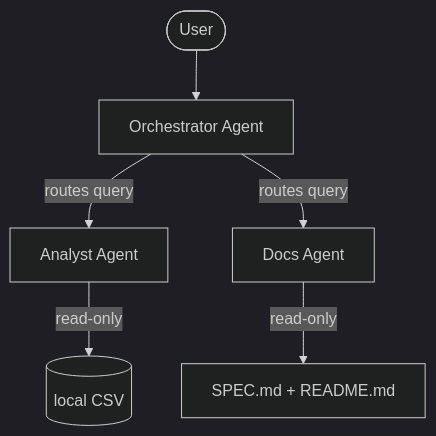
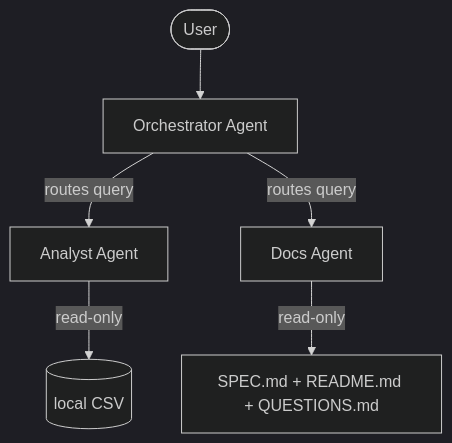
One commit to kenyonacton/dataset-docent changed the diagram in README.md. Above: the diagram before and after it, drawn with Mermaid (dark theme). The commit also changed other lines of this file and 20 other files, not shown here.

````diff
--- a/README.md
+++ b/README.md
@@ -9,8 +11,8 @@
 ```mermaid
 flowchart TD
     User([User]) --> Orchestrator[Orchestrator Agent]
     Orchestrator -->|routes query| Analyst[Analyst Agent]
     Orchestrator -->|routes query| Docs[Docs Agent]
     Analyst -->|read-only| CSV[(local CSV)]
-    Docs -->|read-only| DocsFiles[SPEC.md + README.md]
+    Docs -->|read-only| DocsFiles[SPEC.md + README.md + QUESTIONS.md]
 ```
````
